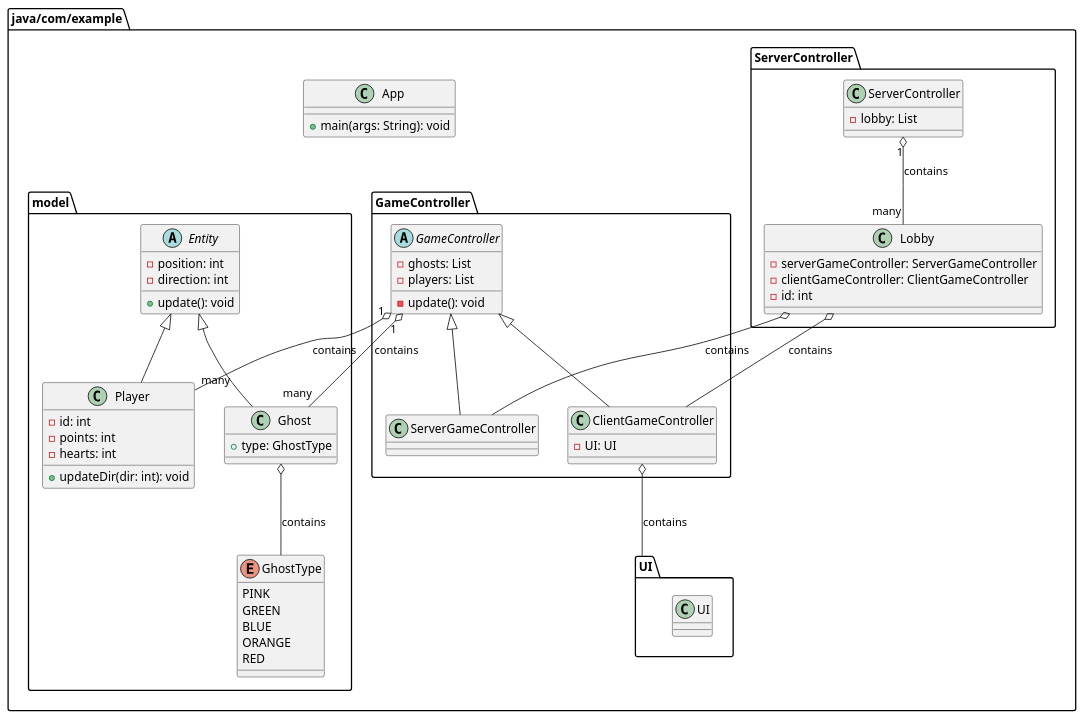
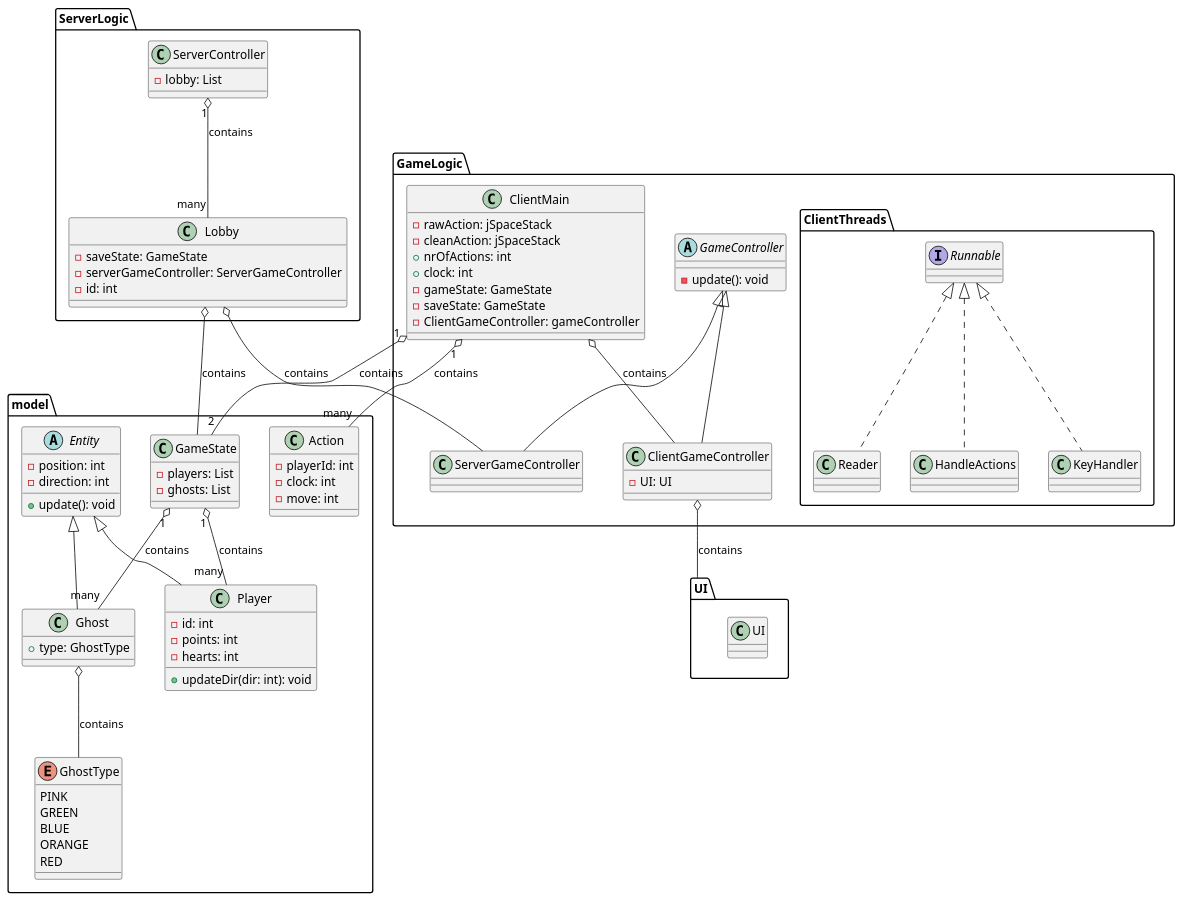
Before and after one commit to Maximillian-bm/pacman: the diagram in diagram.puml, drawn with PlantUML. The commit also changed 2 other files, not shown here.

```diff
--- a/diagram.puml
+++ b/diagram.puml
@@ -1,73 +1,104 @@
 @startuml
-package "java/com/example" {
-    class App {
-      + main(args: String): void
+
+  package "model" {
+    abstract Entity {
+      + update(): void
+      - position: int
+      - direction: int
     }
 
-    package "model" {
-      abstract Entity {
-        + update(): void
-        - position: int
-        - direction: int
+    class Player extends Entity {
+      + updateDir(dir: int): void
+      - id: int
+      - points: int
+      - hearts: int
+    }
+
+    class Ghost extends Entity {
+      + type: GhostType
+    }
+
+    enum GhostType {
+      PINK
+      GREEN
+      BLUE
+      ORANGE
+      RED
+    }
+
+    class Action {
+      - playerId: int
+      - clock: int
+      - move: int
+    }
+
+    class GameState {
+      - players: List
+      - ghosts: List
+    }
+  }
+  package "UI" {
+    class UI {
+
+    }
+  }
+  package "ServerLogic" {
+    class ServerController {
+      - lobby: List
+    }
+    class Lobby {
+      - saveState: GameState
+      - serverGameController: ServerGameController
+      - id: int
+    }
+  }
+  package "GameLogic" {
+
+    abstract GameController {
+      - update(): void
+    }
+
+    class ServerGameController extends GameController {
+
+    }
+
+    class ClientMain {
+      - rawAction: jSpaceStack
+      - cleanAction: jSpaceStack
+      + nrOfActions: int
+      + clock: int
+      - gameState: GameState
+      - saveState: GameState
+      - ClientGameController: gameController
+    }
+
+    class ClientGameController extends GameController {
+      - UI: UI
+    }
+
+    package "ClientThreads" {
+      class Reader implements Runnable {
+
       }
 
-      class Player extends Entity {
-        + updateDir(dir: int): void
-        - id: int
-        - points: int
-        - hearts: int
+      class HandleActions implements Runnable {
+
       }
 
-      class Ghost extends Entity {
-        + type: GhostType
-      }
-
-      enum GhostType {
-        PINK
-        GREEN
-        BLUE
-        ORANGE
-        RED
-      }
-      Ghost o-- GhostType: contains
-    }
-    package "UI" {
-      class UI {
+      class KeyHandler implements Runnable {
 
       }
     }
-    package "ServerController" {
-      class ServerController {
-        - lobby: List
-      }
-      class Lobby {
-        - serverGameController: ServerGameController
-        - clientGameController: ClientGameController
-        - id: int
-      }
-      ServerController "1" o-- "many" Lobby: contains
-    }
-    package "GameController" {
+  }
+ClientGameController o-- UI: contains
+Lobby o-- ServerGameController: contains
+GameState "1" o-- "many" Ghost: contains
+GameState "1" o-- "many" Player: contains
+ClientMain "1" o-- "2" GameState: contains
+Lobby o-- GameState: contains
+ClientMain o-- ClientGameController: contains
+ServerController "1" o-- "many" Lobby: contains
+ClientMain "1" o-- "many" Action: contains
+Ghost o-- GhostType: contains
 
-      abstract GameController {
-        - update(): void
-        - ghosts: List
-        - players: List
-
-      }
-
-      class ServerGameController extends GameController {
-
-      }
-
-      class ClientGameController extends GameController {
-        - UI: UI
-      }
-      GameController "1" o-- "many" Ghost: contains
-      GameController "1" o-- "many" Player: contains
-    }
-    ClientGameController o-- UI: contains
-    Lobby o-- ServerGameController: contains
-    Lobby o-- ClientGameController: contains
-}
 @enduml
```
